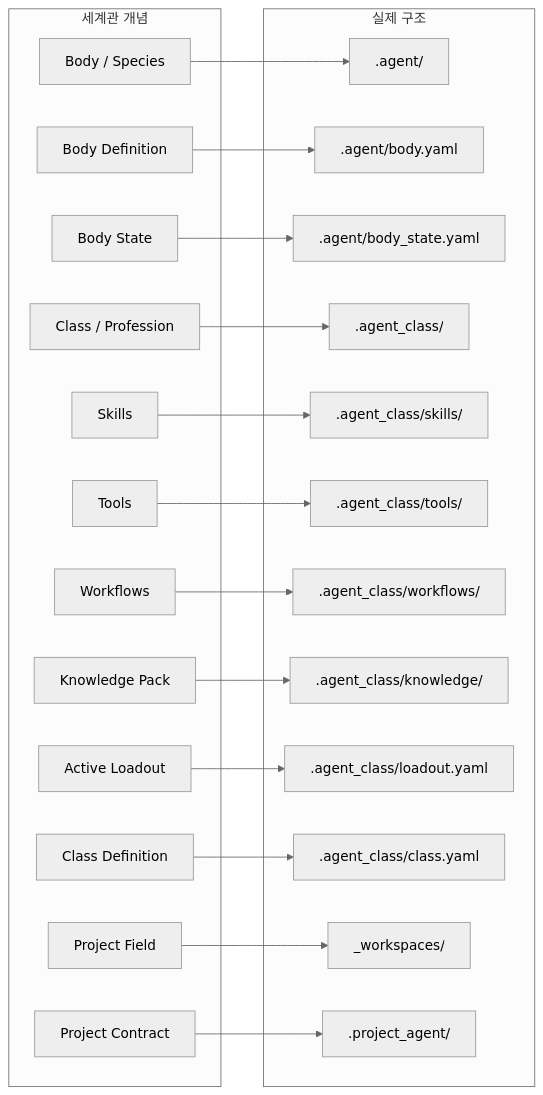
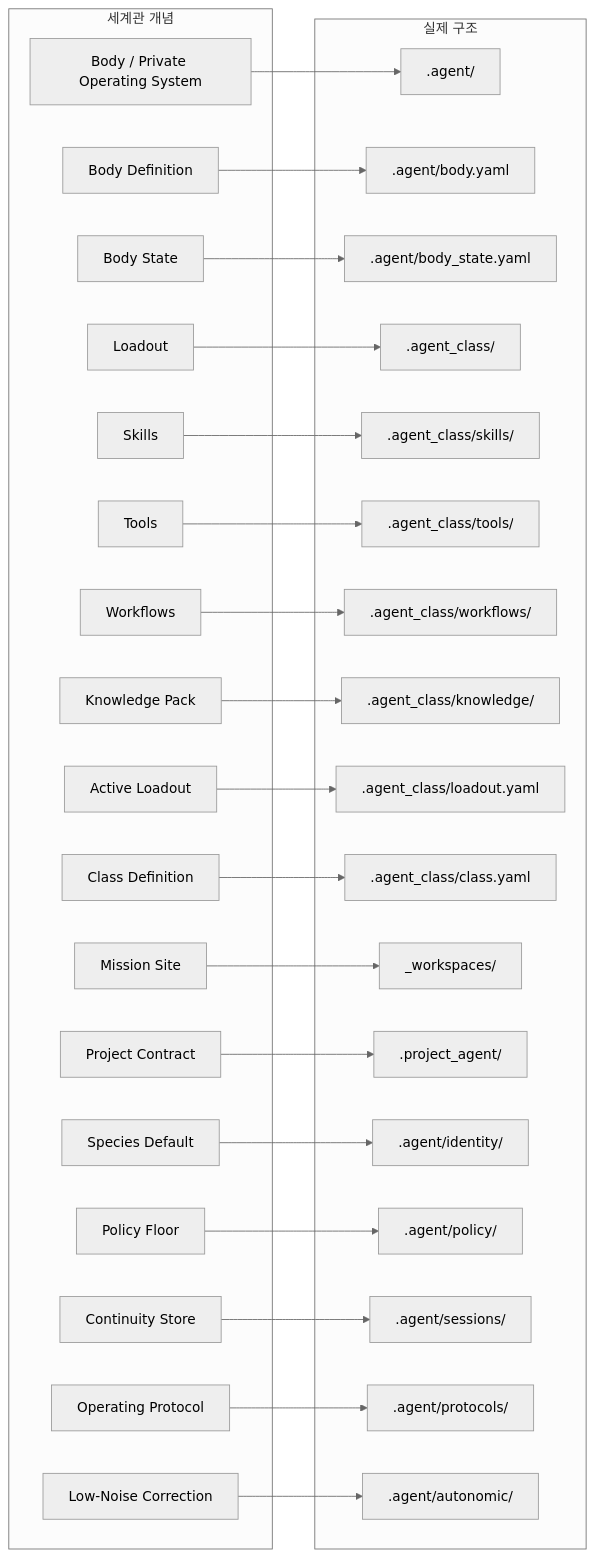
Before and after one commit to SungYongMOON/soulforge: the diagram in docs/architecture/AGENT_WORLD_MODEL.md, drawn with Mermaid (neutral theme). The commit also changed other lines of this file and 22 other files, not shown here.

````diff
--- a/docs/architecture/AGENT_WORLD_MODEL.md
+++ b/docs/architecture/AGENT_WORLD_MODEL.md
@@ -12,45 +27,60 @@
 ```mermaid
 flowchart LR
   subgraph M["세계관 개념"]
-    M1["Body / Species"]
+    M1["Body / Private Operating System"]
     M2["Body Definition"]
     M3["Body State"]
-    M4["Class / Profession"]
+    M4["Loadout"]
     M5["Skills"]
     M6["Tools"]
     M7["Workflows"]
     M8["Knowledge Pack"]
     M9["Active Loadout"]
     M10["Class Definition"]
-    M11["Project Field"]
+    M11["Mission Site"]
     M12["Project Contract"]
+    M13["Species Default"]
+    M14["Policy Floor"]
+    M15["Continuity Store"]
+    M16["Operating Protocol"]
+    M17["Low-Noise Correction"]
   end
 
   subgraph R["실제 구조"]
     R1[".agent/"]
     R2[".agent/body.yaml"]
     R3[".agent/body_state.yaml"]
     R4[".agent_class/"]
     R5[".agent_class/skills/"]
     R6[".agent_class/tools/"]
     R7[".agent_class/workflows/"]
     R8[".agent_class/knowledge/"]
     R9[".agent_class/loadout.yaml"]
     R10[".agent_class/class.yaml"]
     R11["_workspaces/"]
     R12[".project_agent/"]
+    R13[".agent/identity/"]
+    R14[".agent/policy/"]
+    R15[".agent/sessions/"]
+    R16[".agent/protocols/"]
+    R17[".agent/autonomic/"]
   end
 
   M1 --> R1
   M2 --> R2
   M3 --> R3
   M4 --> R4
   M5 --> R5
   M6 --> R6
   M7 --> R7
   M8 --> R8
   M9 --> R9
   M10 --> R10
   M11 --> R11
   M12 --> R12
+  M13 --> R13
+  M14 --> R14
+  M15 --> R15
+  M16 --> R16
+  M17 --> R17
 ```
````
